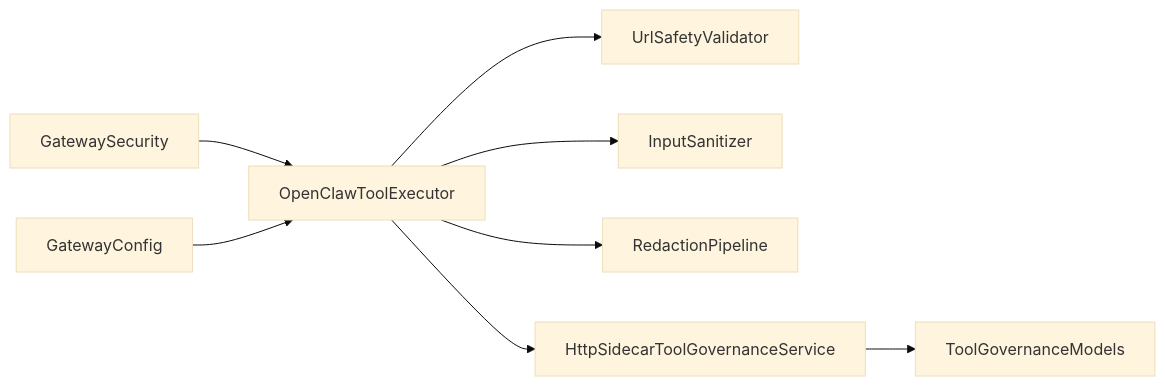
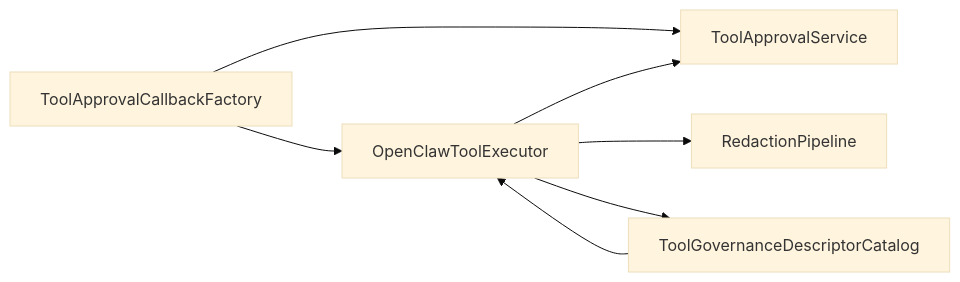
Before and after one commit to wayyet/kingcrab: the eighth of 8 diagrams in .qoder/repowiki/zh/content/工具系统/工具安全策略.md, drawn with Mermaid (base theme). The commit also changed other lines of this file and 431 other files, not shown here.

````diff
--- a/.qoder/repowiki/zh/content/工具系统/工具安全策略.md
+++ b/.qoder/repowiki/zh/content/工具系统/工具安全策略.md
@@ -328,10 +320,9 @@
 ```mermaid
 graph LR
-Exec["OpenClawToolExecutor"] --> URL["UrlSafetyValidator"]
-Exec --> SAN["InputSanitizer"]
-Exec --> RED["RedactionPipeline"]
-Exec --> GOV["HttpSidecarToolGovernanceService"]
-GOV --> MOD["ToolGovernanceModels"]
-GWSEC["GatewaySecurity"] --> Exec
-GWCFG["GatewayConfig"] --> Exec
+Exec["OpenClawToolExecutor"] --> AppSvc["ToolApprovalService"]
+Exec --> Red["RedactionPipeline"]
+Exec --> Gov["ToolGovernanceDescriptorCatalog"]
+AppCb["ToolApprovalCallbackFactory"] --> AppSvc
+AppCb --> Exec
+Gov --> Exec
 ```
````
